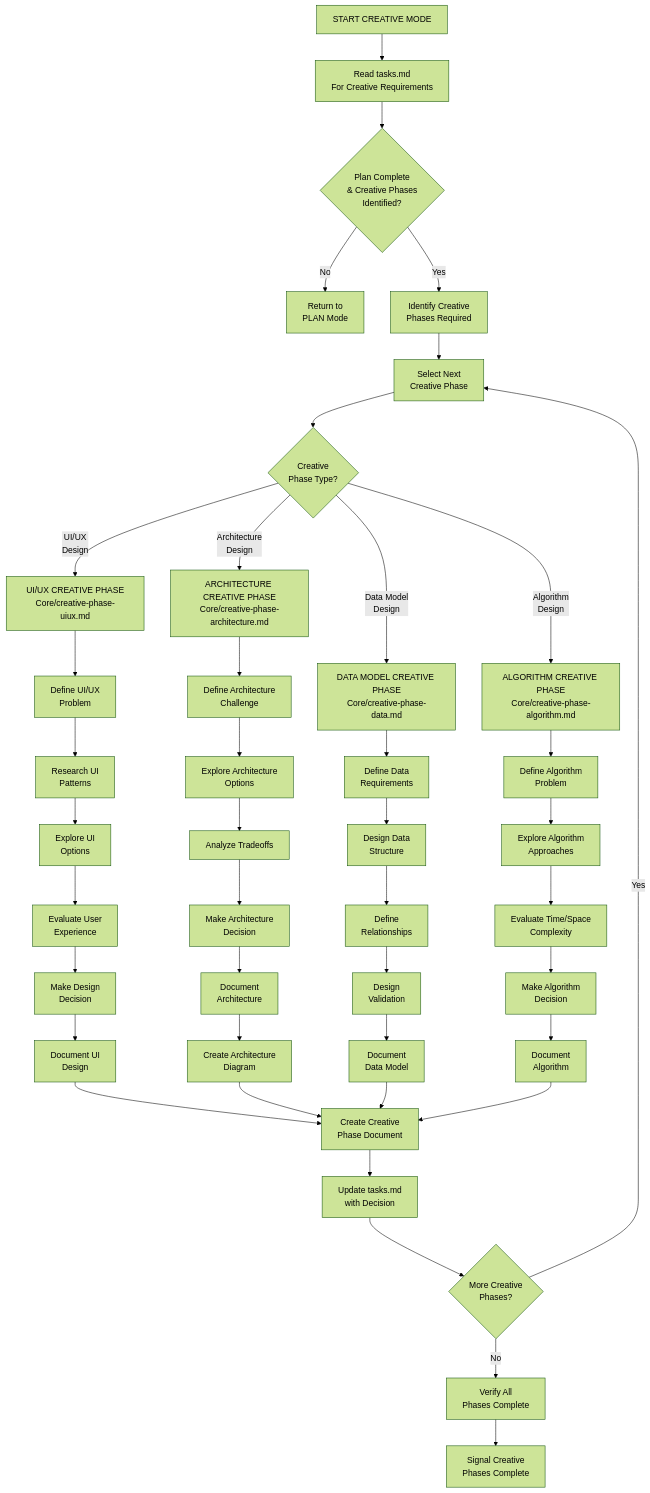
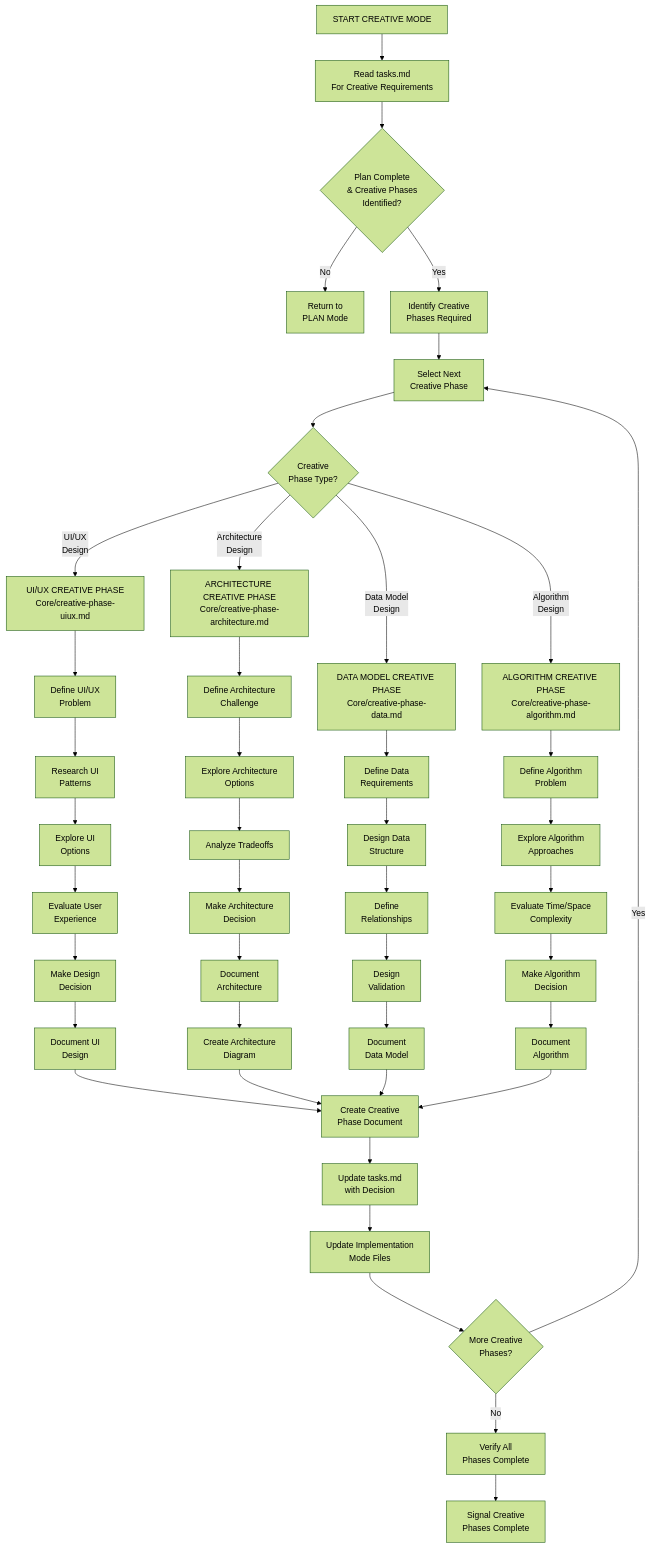
The first of 4 diagrams in .cursor/rules/isolation_rules/visual-maps/creative-mode-map.mdc (bhurn02/rms-invoicing), drawn with Mermaid (forest theme) before and after one commit. The commit also changed other lines of this file and 14 other files, not shown here.

````diff
--- a/.cursor/rules/isolation_rules/visual-maps/creative-mode-map.mdc
+++ b/.cursor/rules/isolation_rules/visual-maps/creative-mode-map.mdc
@@ -13,57 +13,58 @@
 ```mermaid
 graph TD
     Start["START CREATIVE MODE"] --> ReadTasks["Read tasks.md<br>For Creative Requirements"]
     
     %% Initial Assessment
     ReadTasks --> VerifyPlan{"Plan Complete<br>& Creative Phases<br>Identified?"}
     VerifyPlan -->|"No"| ReturnPlan["Return to<br>PLAN Mode"]
     VerifyPlan -->|"Yes"| IdentifyPhases["Identify Creative<br>Phases Required"]
     
     %% Creative Phase Selection
     IdentifyPhases --> SelectPhase["Select Next<br>Creative Phase"]
     SelectPhase --> PhaseType{"Creative<br>Phase Type?"}
     
     %% Creative Phase Types
     PhaseType -->|"UI/UX<br>Design"| UIPhase["UI/UX CREATIVE PHASE<br>Core/creative-phase-uiux.md"]
     PhaseType -->|"Architecture<br>Design"| ArchPhase["ARCHITECTURE CREATIVE PHASE<br>Core/creative-phase-architecture.md"]
     PhaseType -->|"Data Model<br>Design"| DataPhase["DATA MODEL CREATIVE PHASE<br>Core/creative-phase-data.md"]
     PhaseType -->|"Algorithm<br>Design"| AlgoPhase["ALGORITHM CREATIVE PHASE<br>Core/creative-phase-algorithm.md"]
     
     %% UI/UX Creative Phase
     UIPhase --> UI_Problem["Define UI/UX<br>Problem"]
     UI_Problem --> UI_Research["Research UI<br>Patterns"]
     UI_Research --> UI_Options["Explore UI<br>Options"]
     UI_Options --> UI_Evaluate["Evaluate User<br>Experience"]
     UI_Evaluate --> UI_Decision["Make Design<br>Decision"]
     UI_Decision --> UI_Document["Document UI<br>Design"]
     
     %% Architecture Creative Phase
     ArchPhase --> Arch_Problem["Define Architecture<br>Challenge"]
     Arch_Problem --> Arch_Options["Explore Architecture<br>Options"]
     Arch_Options --> Arch_Analyze["Analyze Tradeoffs"]
     Arch_Analyze --> Arch_Decision["Make Architecture<br>Decision"]
     Arch_Decision --> Arch_Document["Document<br>Architecture"]
     Arch_Document --> Arch_Diagram["Create Architecture<br>Diagram"]
     
     %% Data Model Creative Phase
     DataPhase --> Data_Requirements["Define Data<br>Requirements"]
     Data_Requirements --> Data_Structure["Design Data<br>Structure"]
     Data_Structure --> Data_Relations["Define<br>Relationships"]
     Data_Relations --> Data_Validation["Design<br>Validation"]
     Data_Validation --> Data_Document["Document<br>Data Model"]
     
     %% Algorithm Creative Phase
     AlgoPhase --> Algo_Problem["Define Algorithm<br>Problem"]
     Algo_Problem --> Algo_Options["Explore Algorithm<br>Approaches"]
     Algo_Options --> Algo_Evaluate["Evaluate Time/Space<br>Complexity"]
     Algo_Evaluate --> Algo_Decision["Make Algorithm<br>Decision"]
     Algo_Decision --> Algo_Document["Document<br>Algorithm"]
     
     %% Documentation & Completion
     UI_Document & Arch_Diagram & Data_Document & Algo_Document --> CreateDoc["Create Creative<br>Phase Document"]
     CreateDoc --> UpdateTasks["Update tasks.md<br>with Decision"]
-    UpdateTasks --> MorePhases{"More Creative<br>Phases?"}
+    UpdateTasks --> UpdateImplFiles["Update Implementation<br>Mode Files"]
+    UpdateImplFiles --> MorePhases{"More Creative<br>Phases?"}
     MorePhases -->|"Yes"| SelectPhase
     MorePhases -->|"No"| VerifyComplete["Verify All<br>Phases Complete"]
     VerifyComplete --> NotifyComplete["Signal Creative<br>Phases Complete"]
 ```
````
